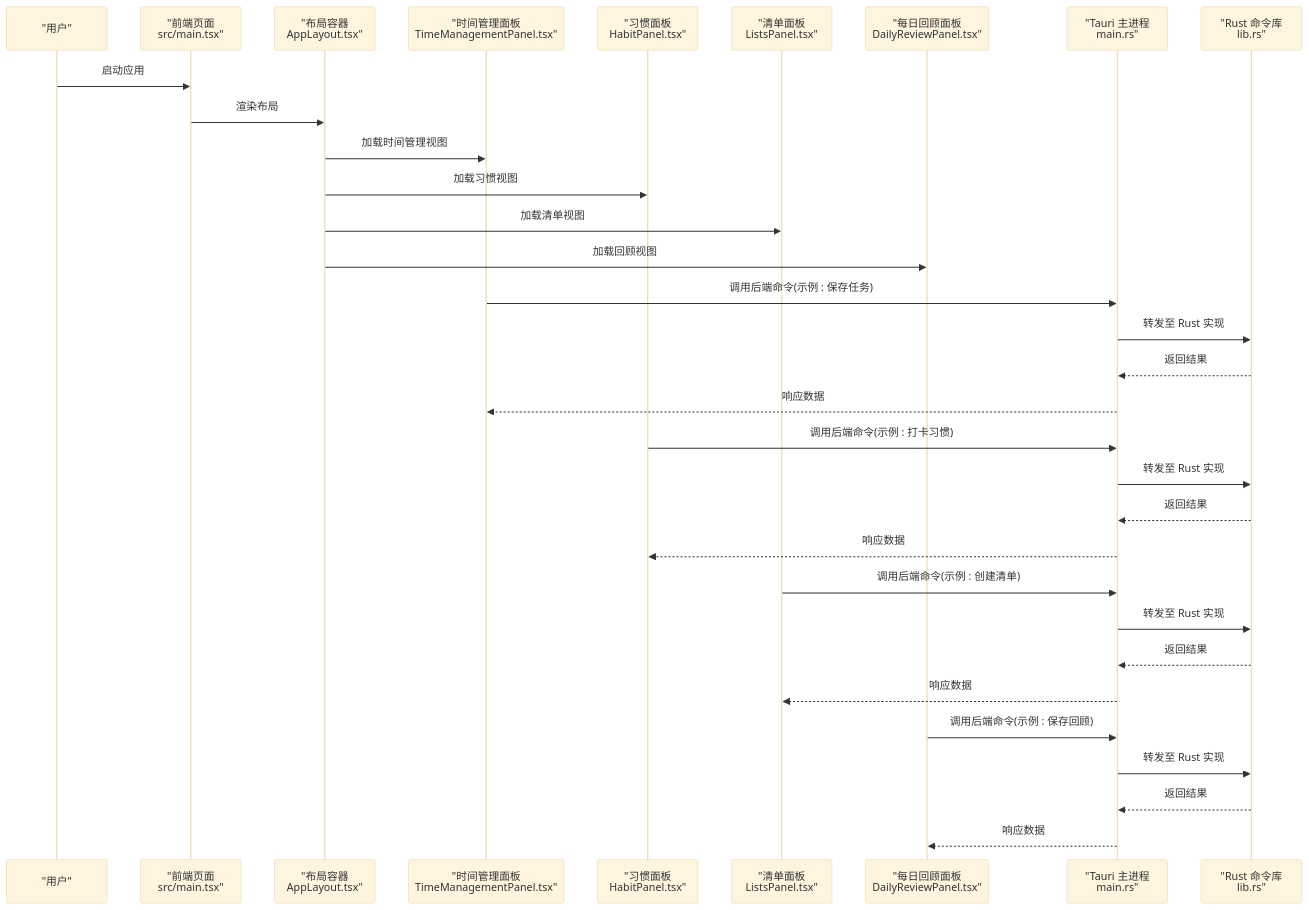
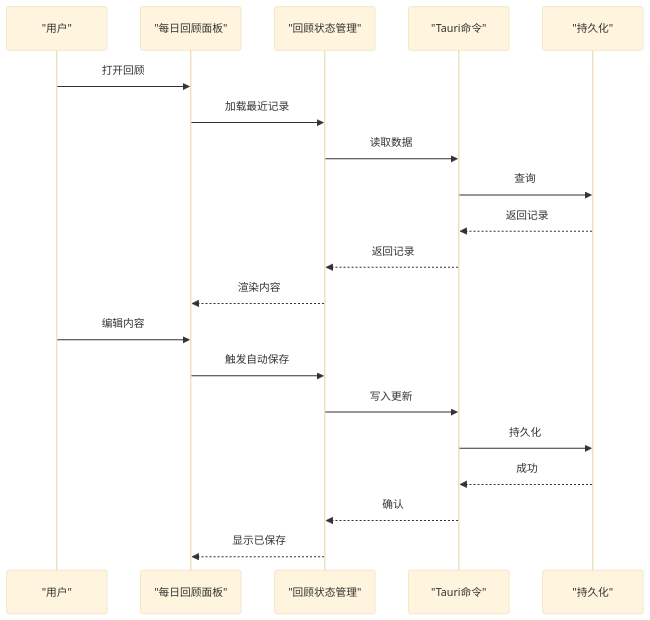
One commit to gzdxhujiale/FishWorker changed the third of 8 diagrams in .qoder/repowiki/zh/content/项目概述/项目介绍.md. Above: the diagram before and after it, drawn with Mermaid (base theme). The commit also changed other lines of this file and 238 other files, not shown here.

````diff
--- a/.qoder/repowiki/zh/content/项目概述/项目介绍.md
+++ b/.qoder/repowiki/zh/content/项目概述/项目介绍.md
@@ -130,34 +172,22 @@
 ```mermaid
 sequenceDiagram
 participant U as "用户"
-participant FE as "前端页面<br/>src/main.tsx"
-participant L as "布局容器<br/>AppLayout.tsx"
-participant FM as "时间管理面板<br/>TimeManagementPanel.tsx"
-participant HP as "习惯面板<br/>HabitPanel.tsx"
-participant LP as "清单面板<br/>ListsPanel.tsx"
-participant DR as "每日回顾面板<br/>DailyReviewPanel.tsx"
-participant TA as "Tauri 主进程<br/>main.rs"
-participant RL as "Rust 命令库<br/>lib.rs"
-U->>FE : 启动应用
-FE->>L : 渲染布局
-L->>FM : 加载时间管理视图
-L->>HP : 加载习惯视图
-L->>LP : 加载清单视图
-L->>DR : 加载回顾视图
-FM->>TA : 调用后端命令(示例 : 保存任务)
-TA->>RL : 转发至 Rust 实现
-RL-->>TA : 返回结果
-TA-->>FM : 响应数据
-HP->>TA : 调用后端命令(示例 : 打卡习惯)
-TA->>RL : 转发至 Rust 实现
-RL-->>TA : 返回结果
-TA-->>HP : 响应数据
-LP->>TA : 调用后端命令(示例 : 创建清单)
-TA->>RL : 转发至 Rust 实现
-RL-->>TA : 返回结果
-TA-->>LP : 响应数据
-DR->>TA : 调用后端命令(示例 : 保存回顾)
-TA->>RL : 转发至 Rust 实现
-RL-->>TA : 返回结果
-TA-->>DR : 响应数据
+participant P as "每日回顾面板"
+participant S as "回顾状态管理"
+participant T as "Tauri命令"
+participant D as "持久化"
+U->>P : 打开回顾
+P->>S : 加载最近记录
+S->>T : 读取数据
+T->>D : 查询
+D-->>T : 返回记录
+T-->>S : 返回记录
+S-->>P : 渲染内容
+U->>P : 编辑内容
+P->>S : 触发自动保存
+S->>T : 写入更新
+T->>D : 持久化
+D-->>T : 成功
+T-->>S : 确认
+S-->>P : 显示已保存
 ```
````
